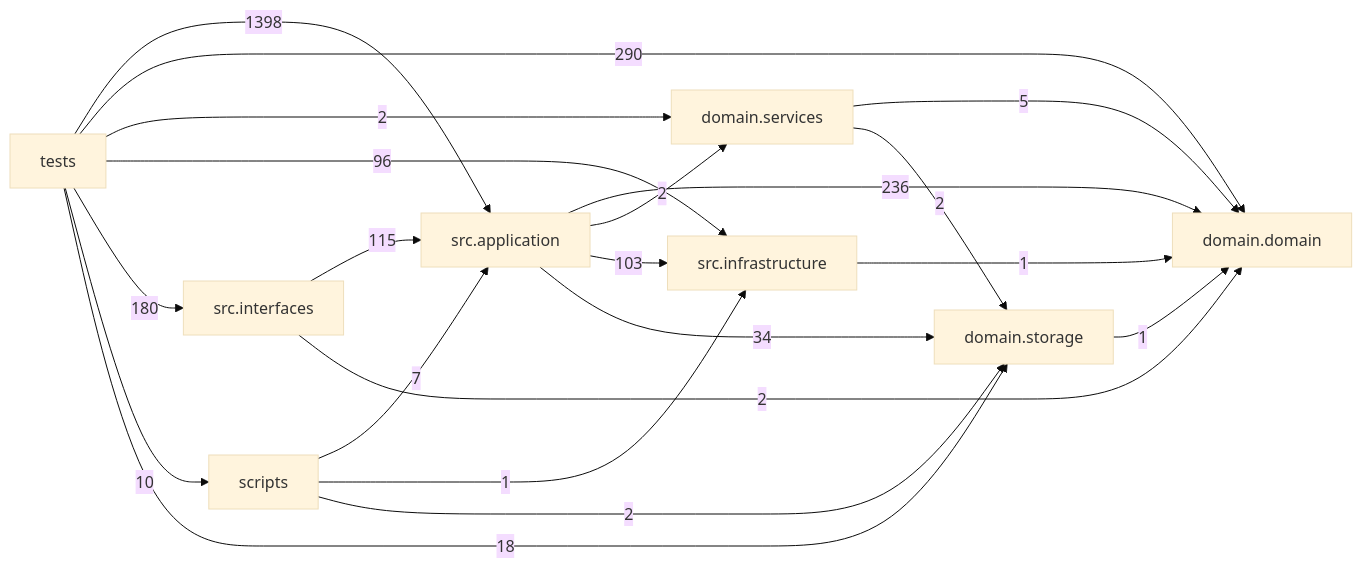
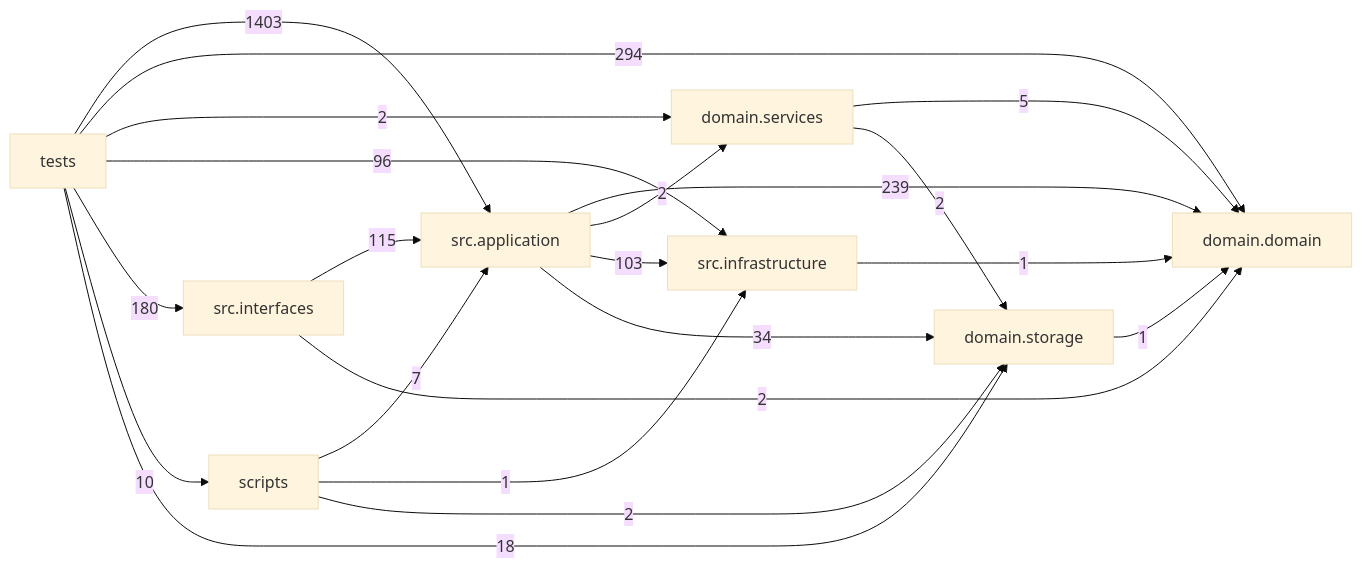
One commit to liuxie066/options-monitor changed the diagram in docs/DEPENDENCY_GRAPH.md. Above: the diagram before and after it, drawn with Mermaid (base theme). The commit also changed other lines of this file and 22 other files, not shown here.

````diff
--- a/docs/DEPENDENCY_GRAPH.md
+++ b/docs/DEPENDENCY_GRAPH.md
@@ -24,31 +24,31 @@
 ```mermaid
 flowchart LR
   tests["tests"]
   scripts["scripts"]
   interfaces["src.interfaces"]
   application["src.application"]
   infrastructure["src.infrastructure"]
   domain_services["domain.services"]
   domain["domain.domain"]
   storage["domain.storage"]
-  application -->|236| domain
+  application -->|239| domain
   application -->|2| domain_services
   application -->|103| infrastructure
   application -->|34| storage
   domain_services -->|5| domain
   domain_services -->|2| storage
   infrastructure -->|1| domain
   interfaces -->|115| application
   interfaces -->|2| domain
   scripts -->|7| application
   scripts -->|1| infrastructure
   scripts -->|2| storage
   storage -->|1| domain
-  tests -->|1398| application
-  tests -->|290| domain
+  tests -->|1403| application
+  tests -->|294| domain
   tests -->|2| domain_services
   tests -->|96| infrastructure
   tests -->|180| interfaces
   tests -->|10| scripts
   tests -->|18| storage
 ```
````
